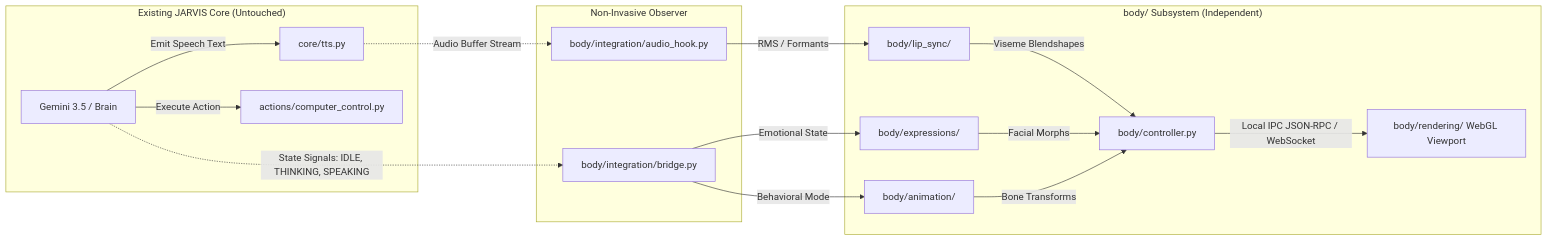
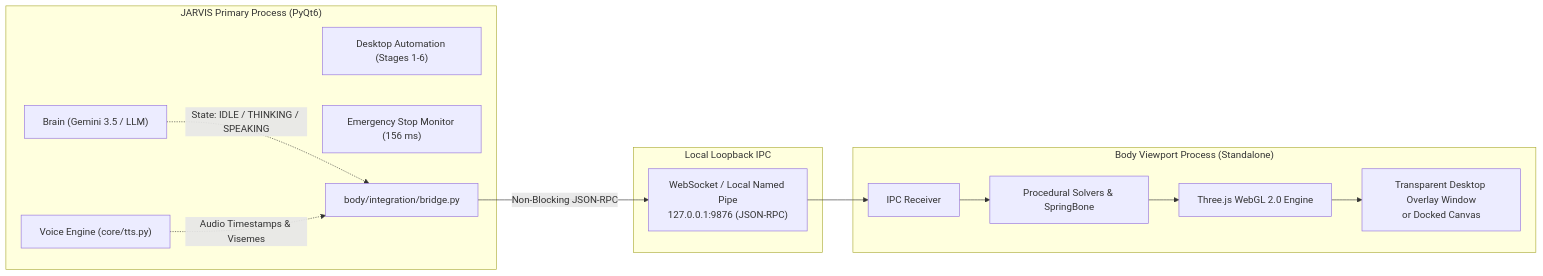
Before and after one commit to Kadhare-Raj-Chandrakant/neural-experimental: the second of 4 diagrams in Mark-L-main/docs/BODY_SUBSYSTEM_ARCHITECTURE_ASSESSMENT.md, drawn with Mermaid. The commit also changed other lines of this file and 1 other file, not shown here.

Commit message:
Submit revised B0 Body Subsystem architecture blueprint and changelog

````diff
--- a/Mark-L-main/docs/BODY_SUBSYSTEM_ARCHITECTURE_ASSESSMENT.md
+++ b/Mark-L-main/docs/BODY_SUBSYSTEM_ARCHITECTURE_ASSESSMENT.md
@@ -138,24 +94,27 @@
 ```mermaid
 flowchart LR
-    subgraph Brain ["Existing JARVIS Core (Untouched)"]
-        LLM[Gemini 3.5 / Brain] -->|Emit Speech Text| TTS[core/tts.py]
-        LLM -->|Execute Action| CC[actions/computer_control.py]
+    subgraph JARVIS_Main ["JARVIS Primary Process (PyQt6)"]
+        Brain["Brain (Gemini 3.5 / LLM)"]
+        Desk["Desktop Automation (Stages 1-6)"]
+        TTS["Voice Engine (core/tts.py)"]
+        Stop["Emergency Stop Monitor (156 ms)"]
+        Bridge["body/integration/bridge.py"]
     end
 
-    subgraph AudioHook ["Non-Invasive Observer"]
-        TTS -.->|Audio Buffer Stream| AH[body/integration/audio_hook.py]
-        LLM -.->|State Signals: IDLE, THINKING, SPEAKING| BB[body/integration/bridge.py]
+    subgraph IPC ["Local Loopback IPC"]
+        Socket["WebSocket / Local Named Pipe<br>127.0.0.1:9876 (JSON-RPC)"]
     end
 
-    subgraph BodySubsystem ["body/ Subsystem (Independent)"]
-        AH -->|RMS / Formants| LS[body/lip_sync/]
-        BB -->|Emotional State| EX[body/expressions/]
-        BB -->|Behavioral Mode| AN[body/animation/]
-        
-        LS -->|Viseme Blendshapes| BC[body/controller.py]
-        EX -->|Facial Morphs| BC
-        AN -->|Bone Transforms| BC
-        
-        BC -->|Local IPC JSON-RPC / WebSocket| VP[body/rendering/ WebGL Viewport]
+    subgraph Body_Viewport ["Body Viewport Process (Standalone)"]
+        Server["IPC Receiver"]
+        Anim["Procedural Solvers & SpringBone"]
+        Renderer["Three.js WebGL 2.0 Engine"]
+        Window["Transparent Desktop Overlay Window<br>or Docked Canvas"]
     end
+
+    Brain -.->|State: IDLE / THINKING / SPEAKING| Bridge
+    TTS -.->|Audio Timestamps & Visemes| Bridge
+    Bridge -->|Non-Blocking JSON-RPC| Socket
+    Socket --> Server
+    Server --> Anim --> Renderer --> Window
 ```
````
